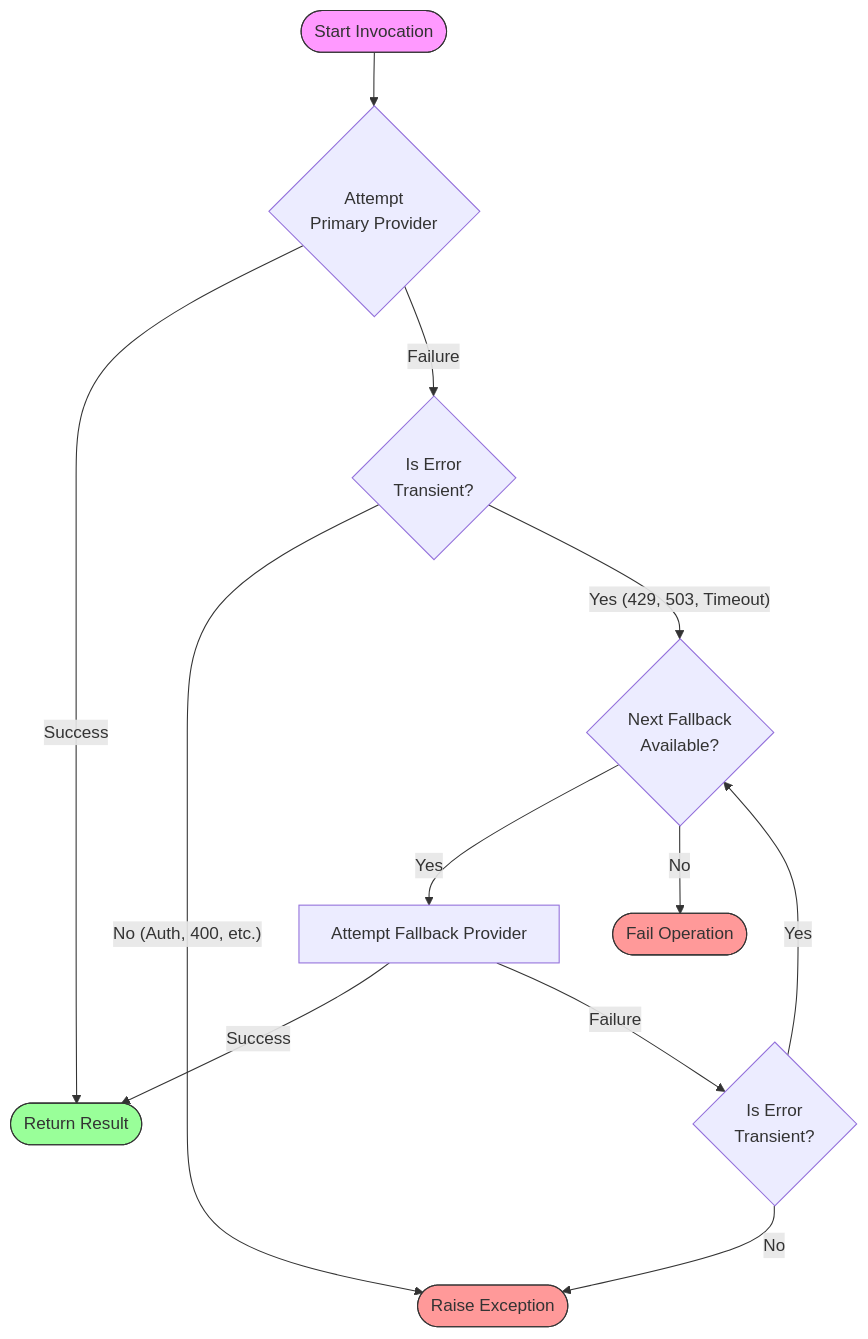
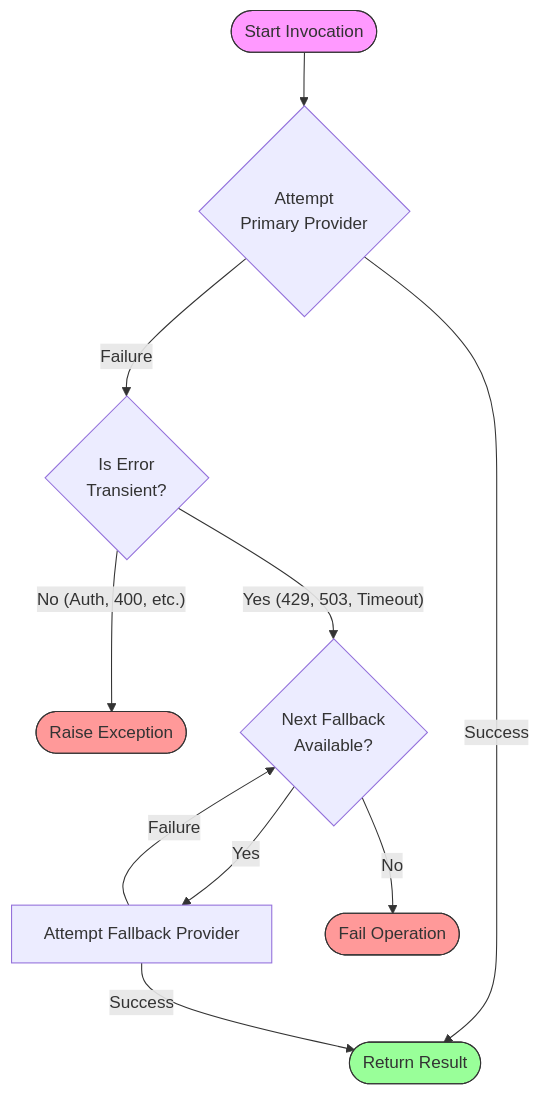
The diagram in docs/fallback-models.md (Pawel-N-pl/bmad-assist), drawn with Mermaid before and after one commit. The commit also changed other lines of this file and 3 other files, not shown here.

````diff
--- a/docs/fallback-models.md
+++ b/docs/fallback-models.md
@@ -13,24 +13,21 @@
 ```mermaid
 flowchart TD
     Start([Start Invocation]) --> Primary{Attempt\nPrimary Provider}
 
     Primary -- Success --> End([Return Result])
     Primary -- Failure --> CheckError{Is Error\nTransient?}
 
     CheckError -- No (Auth, 400, etc.) --> Error([Raise Exception])
     CheckError -- Yes (429, 503, Timeout) --> Next{Next Fallback\nAvailable?}
 
     Next -- Yes --> AttemptFallback[Attempt Fallback Provider]
     AttemptFallback -- Success --> End
-    AttemptFallback -- Failure --> CheckErrorFallback{Is Error\nTransient?}
-
-    CheckErrorFallback -- No --> Error
-    CheckErrorFallback -- Yes --> Next
+    AttemptFallback -- Failure --> Next
 
     Next -- No --> FinalError([Fail Operation])
 
     style Start fill:#f9f,stroke:#333
     style End fill:#9f9,stroke:#333
     style Error fill:#f99,stroke:#333
     style FinalError fill:#f99,stroke:#333
 ```
````
